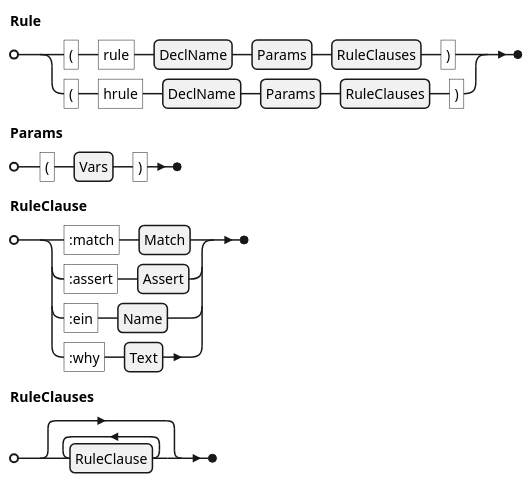
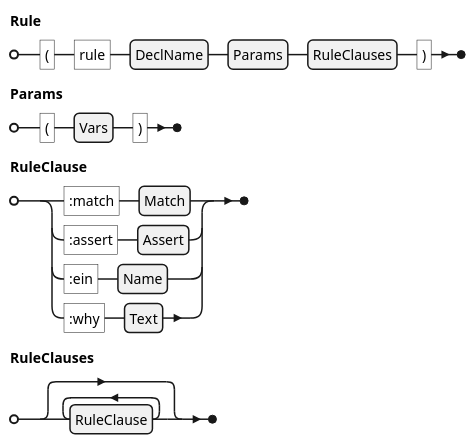
One commit to agutikov/ein changed the diagram in docs/ein/user/04-reference/diagrams/01-grammar-phrase-rule.puml. Above: the diagram before and after it, drawn with PlantUML. The commit also changed 119 other files, not shown here.

First line of the commit message:
The pages and the decisions say a hypothesis rule is a rule that concludes (open F), activated by the facts of its name a program writes, with no hrule form and no :hrules clause; Q-M1f.567 filed (S1f.21.18, task 4).

```diff
--- a/docs/ein/user/04-reference/diagrams/01-grammar-phrase-rule.puml
+++ b/docs/ein/user/04-reference/diagrams/01-grammar-phrase-rule.puml
@@ -1,8 +1,6 @@
 @startebnf
-Rule =
-    "(" , "rule" , DeclName , Params , RuleClauses , ")"
-  | "(" , "hrule" , DeclName , Params , RuleClauses , ")" ;
+Rule = "(" , "rule" , DeclName , Params , RuleClauses , ")" ;
 Params = "(" , Vars , ")" ;
 RuleClause = ":match" , Match | ":assert" , Assert | ":ein" , Name | ":why" , Text ;
 RuleClauses = { RuleClause } ;
 @endebnf
```
